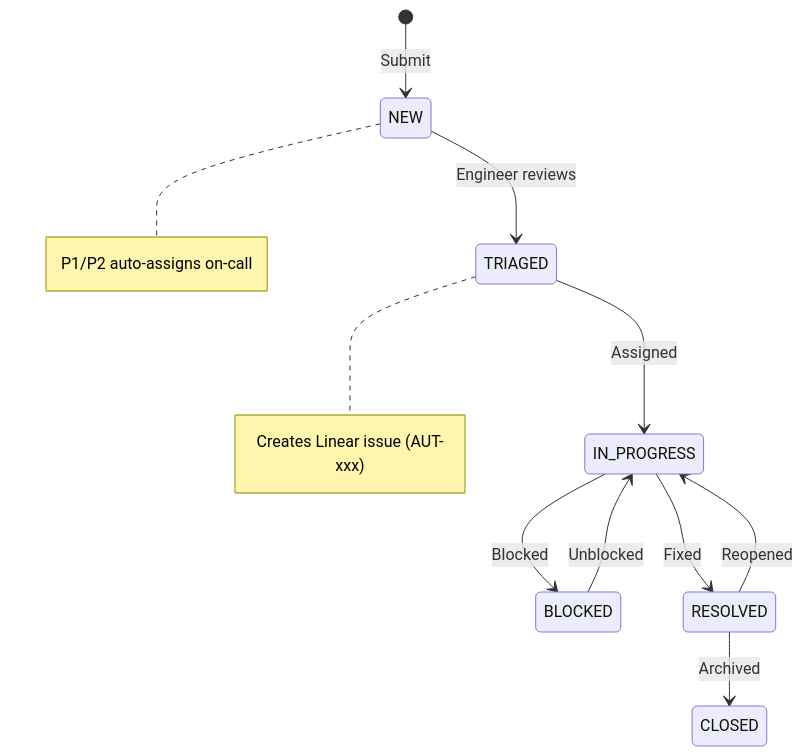
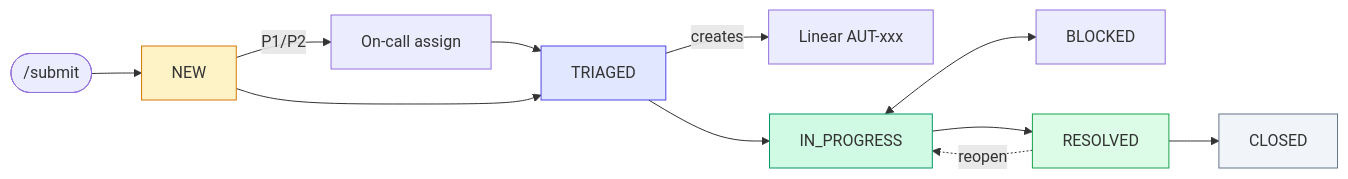
One commit to SandaAbhishekSagar/autoace-internal-ticketing-dashboard changed the second of 10 diagrams in README.md. Above: the diagram before and after it, drawn with Mermaid. The commit also changed other lines of this file and 1 other file, not shown here.

Commit message:
Fix README diagrams: replace blocked SVGs with Mermaid, add Slack invite

````diff
--- a/README.md
+++ b/README.md
@@ -54,14 +78,19 @@
 ```mermaid
-stateDiagram-v2
-    [*] --> NEW: Submit
-    NEW --> TRIAGED: Engineer reviews
-    TRIAGED --> IN_PROGRESS: Assigned
-    IN_PROGRESS --> BLOCKED: Blocked
-    BLOCKED --> IN_PROGRESS: Unblocked
-    IN_PROGRESS --> RESOLVED: Fixed
-    RESOLVED --> CLOSED: Archived
-    RESOLVED --> IN_PROGRESS: Reopened
+flowchart LR
+    S(["/submit"]) --> NEW
+    NEW -->|"P1/P2"| OC["On-call assign"]
+    OC --> TRIAGED
+    NEW --> TRIAGED
+    TRIAGED -->|"creates"| LIN["Linear AUT-xxx"]
+    TRIAGED --> IN_PROGRESS
+    IN_PROGRESS <--> BLOCKED
+    IN_PROGRESS --> RESOLVED
+    RESOLVED --> CLOSED
+    RESOLVED -.->|reopen| IN_PROGRESS
 
-    note right of TRIAGED: Creates Linear issue (AUT-xxx)
-    note right of NEW: P1/P2 auto-assigns on-call
+    style NEW fill:#fef3c7,stroke:#d97706
+    style TRIAGED fill:#e0e7ff,stroke:#4f46e5
+    style IN_PROGRESS fill:#d1fae5,stroke:#059669
+    style RESOLVED fill:#dcfce7,stroke:#16a34a
+    style CLOSED fill:#f1f5f9,stroke:#64748b
 ```
````
